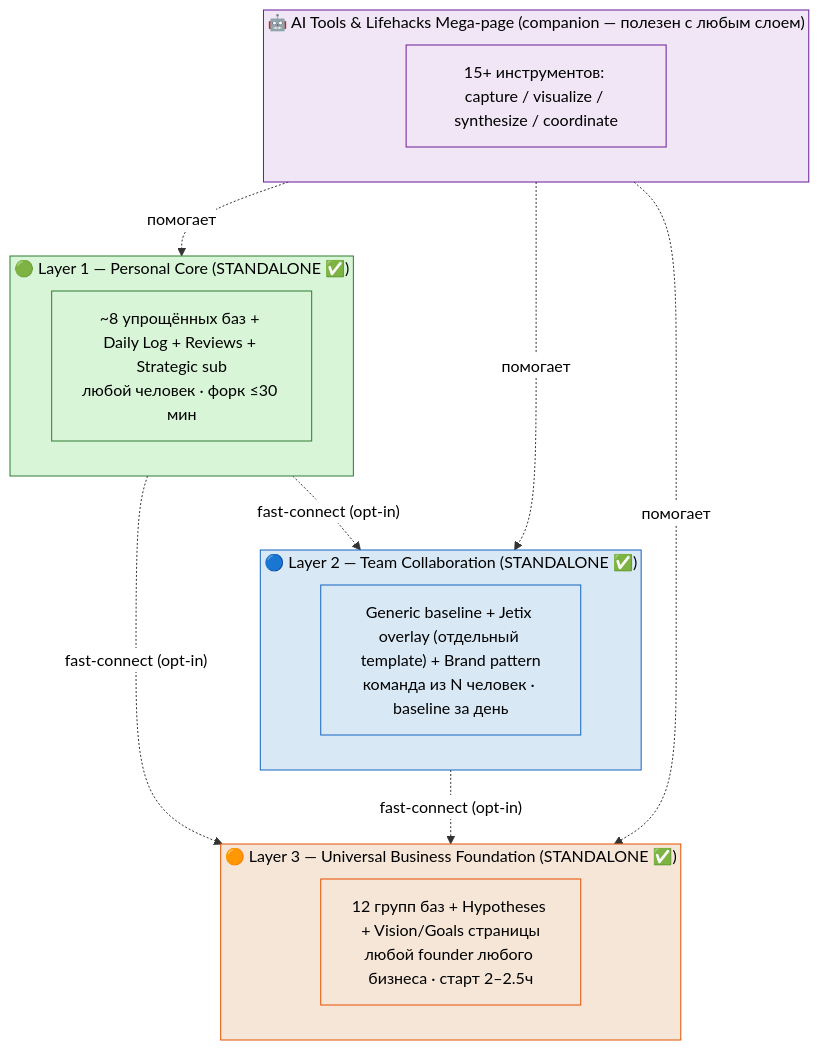
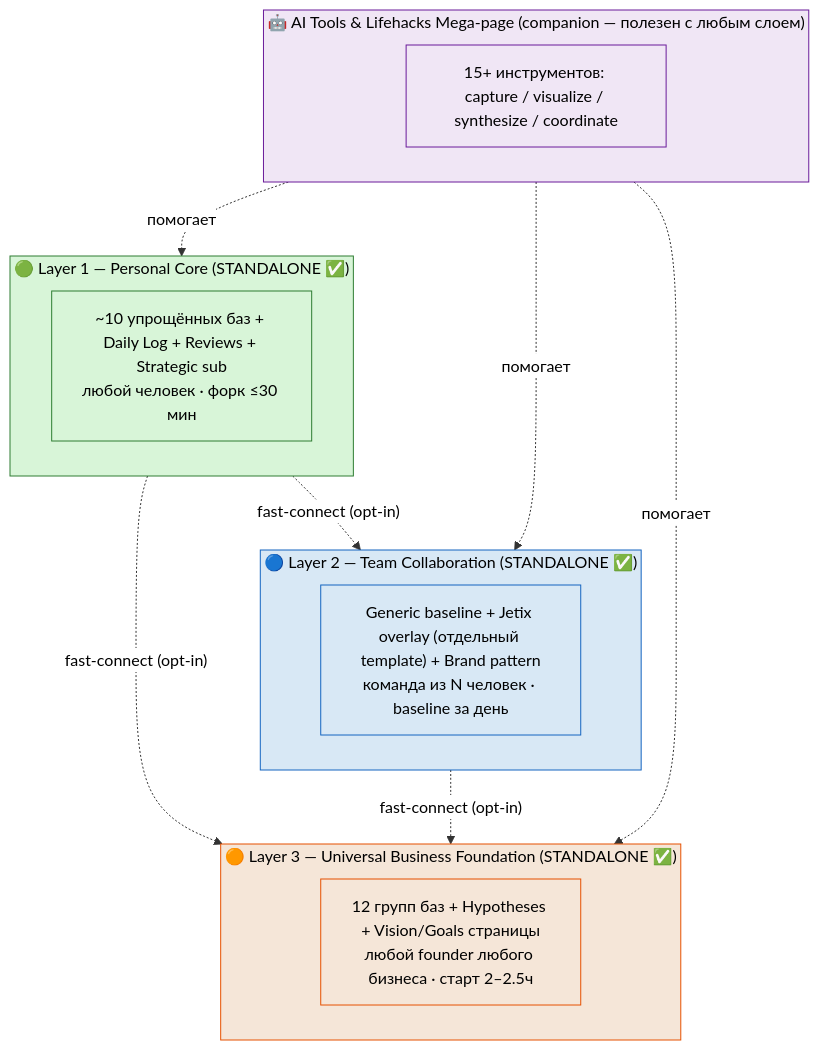
The first of 2 diagrams in reports/notion-templates-3-layers-architecture-v2-2026-05-25/02-overview-3-layers-standalone.md (Bogersebekov/jetix-os), drawn with Mermaid before and after one commit. The commit also changed 5 other files, not shown here.

Commit message:
[notion-arch-v2] Layer 1: add Habits DB + Daily Log habits-tracking (Ruslan voice 25.05)

````diff
--- a/reports/notion-templates-3-layers-architecture-v2-2026-05-25/02-overview-3-layers-standalone.md
+++ b/reports/notion-templates-3-layers-architecture-v2-2026-05-25/02-overview-3-layers-standalone.md
@@ -121,35 +121,35 @@
 ```mermaid
 %%{init: {'theme':'base', 'themeVariables': {'primaryTextColor':'#000000','textColor':'#000000','lineColor':'#333333','primaryBorderColor':'#333333','primaryColor':'#fafafa','noteTextColor':'#000000','noteBkgColor':'#fff8d5','edgeLabelBackground':'#ffffff'}}}%%
 flowchart TB
     subgraph COMPANION["🤖 AI Tools & Lifehacks Mega-page (companion — полезен с любым слоем)"]
         AIT["15+ инструментов: capture / visualize / synthesize / coordinate"]
     end
 
     subgraph L3["🟠 Layer 3 — Universal Business Foundation (STANDALONE ✅)"]
         L3D["12 групп баз + Hypotheses + Vision/Goals страницы<br/>любой founder любого бизнеса · старт 2–2.5ч"]
     end
 
     subgraph L2["🔵 Layer 2 — Team Collaboration (STANDALONE ✅)"]
         L2D["Generic baseline + Jetix overlay (отдельный template) + Brand pattern<br/>команда из N человек · baseline за день"]
     end
 
     subgraph L1["🟢 Layer 1 — Personal Core (STANDALONE ✅)"]
-        L1D["~8 упрощённых баз + Daily Log + Reviews + Strategic sub<br/>любой человек · форк ≤30 мин"]
+        L1D["~10 упрощённых баз + Daily Log + Reviews + Strategic sub<br/>любой человек · форк ≤30 мин"]
     end
 
     L1 -. "fast-connect (opt-in)" .-> L3
     L1 -. "fast-connect (opt-in)" .-> L2
     L2 -. "fast-connect (opt-in)" .-> L3
     COMPANION -. "помогает" .-> L1
     COMPANION -. "помогает" .-> L2
     COMPANION -. "помогает" .-> L3
 
     classDef l1 fill:#d8f5d8,stroke:#2e7d32,color:#000;
     classDef l2 fill:#d8e8f5,stroke:#1565c0,color:#000;
     classDef l3 fill:#f5e6d8,stroke:#e65100,color:#000;
     classDef comp fill:#f0e6f5,stroke:#6a1b9a,color:#000;
     class L1,L1D l1;
     class L2,L2D l2;
     class L3,L3D l3;
     class COMPANION,AIT comp;
 ```
````
